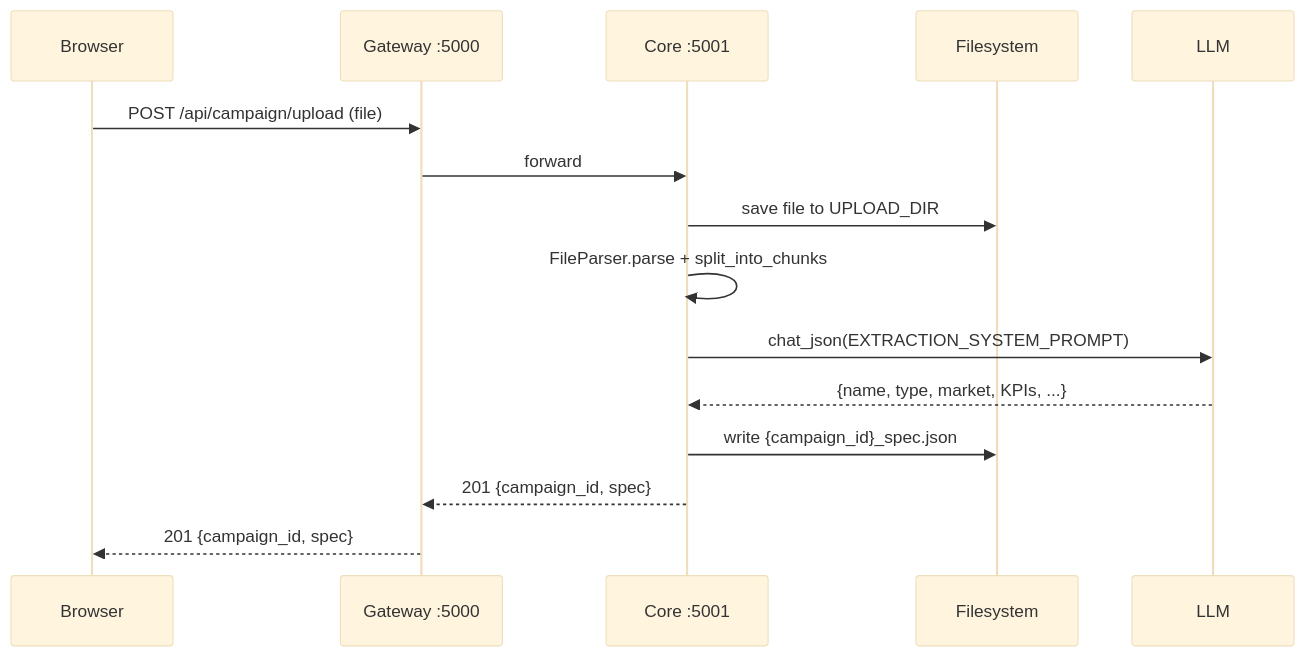
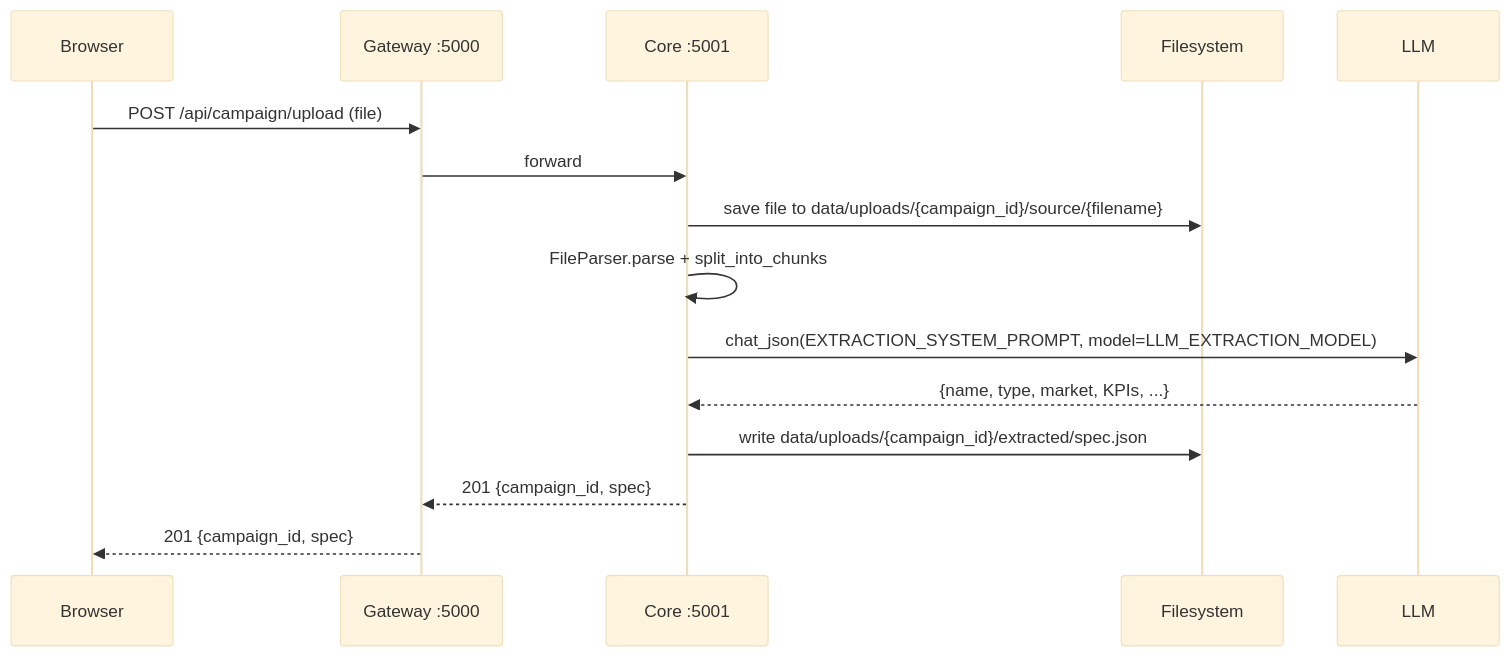
Before and after one commit to qchien643/EcoSim: the second of 3 diagrams in docs/02_architecture.md, drawn with Mermaid (base theme). The commit also changed other lines of this file and 5 other files, not shown here.

````diff
--- a/docs/02_architecture.md
+++ b/docs/02_architecture.md
@@ -160,18 +176,18 @@
 ```mermaid
 sequenceDiagram
     participant U as Browser
     participant G as Gateway :5000
     participant C as Core :5001
     participant FS as Filesystem
     participant LLM
 
     U->>G: POST /api/campaign/upload (file)
     G->>C: forward
-    C->>FS: save file to UPLOAD_DIR
+    C->>FS: save file to data/uploads/{campaign_id}/source/{filename}
     C->>C: FileParser.parse + split_into_chunks
-    C->>LLM: chat_json(EXTRACTION_SYSTEM_PROMPT)
+    C->>LLM: chat_json(EXTRACTION_SYSTEM_PROMPT, model=LLM_EXTRACTION_MODEL)
     LLM-->>C: {name, type, market, KPIs, ...}
-    C->>FS: write {campaign_id}_spec.json
+    C->>FS: write data/uploads/{campaign_id}/extracted/spec.json
     C-->>G: 201 {campaign_id, spec}
     G-->>U: 201 {campaign_id, spec}
 ```
````
